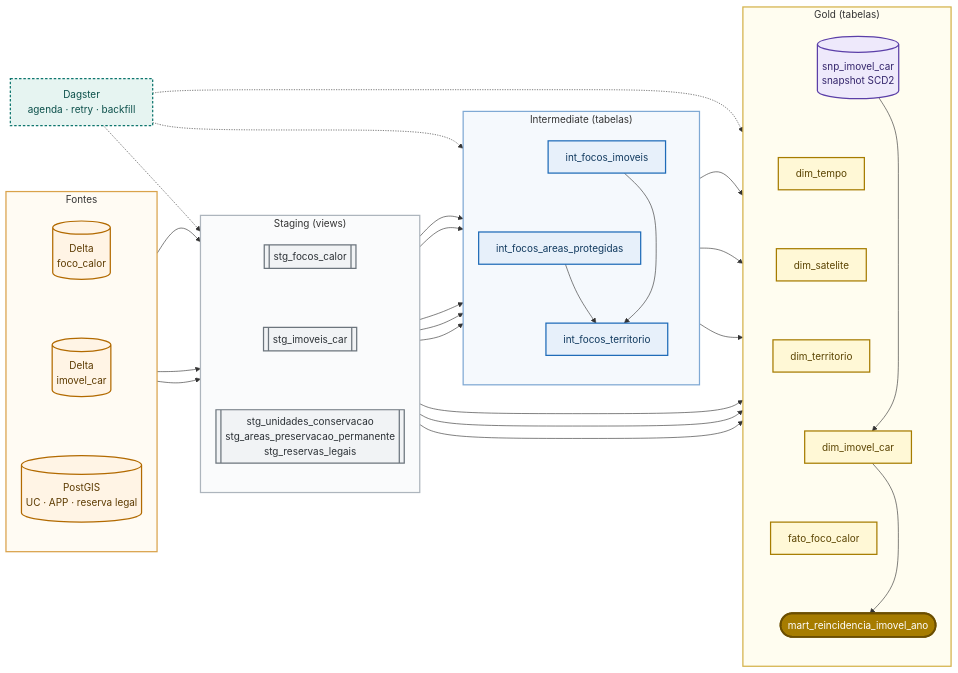
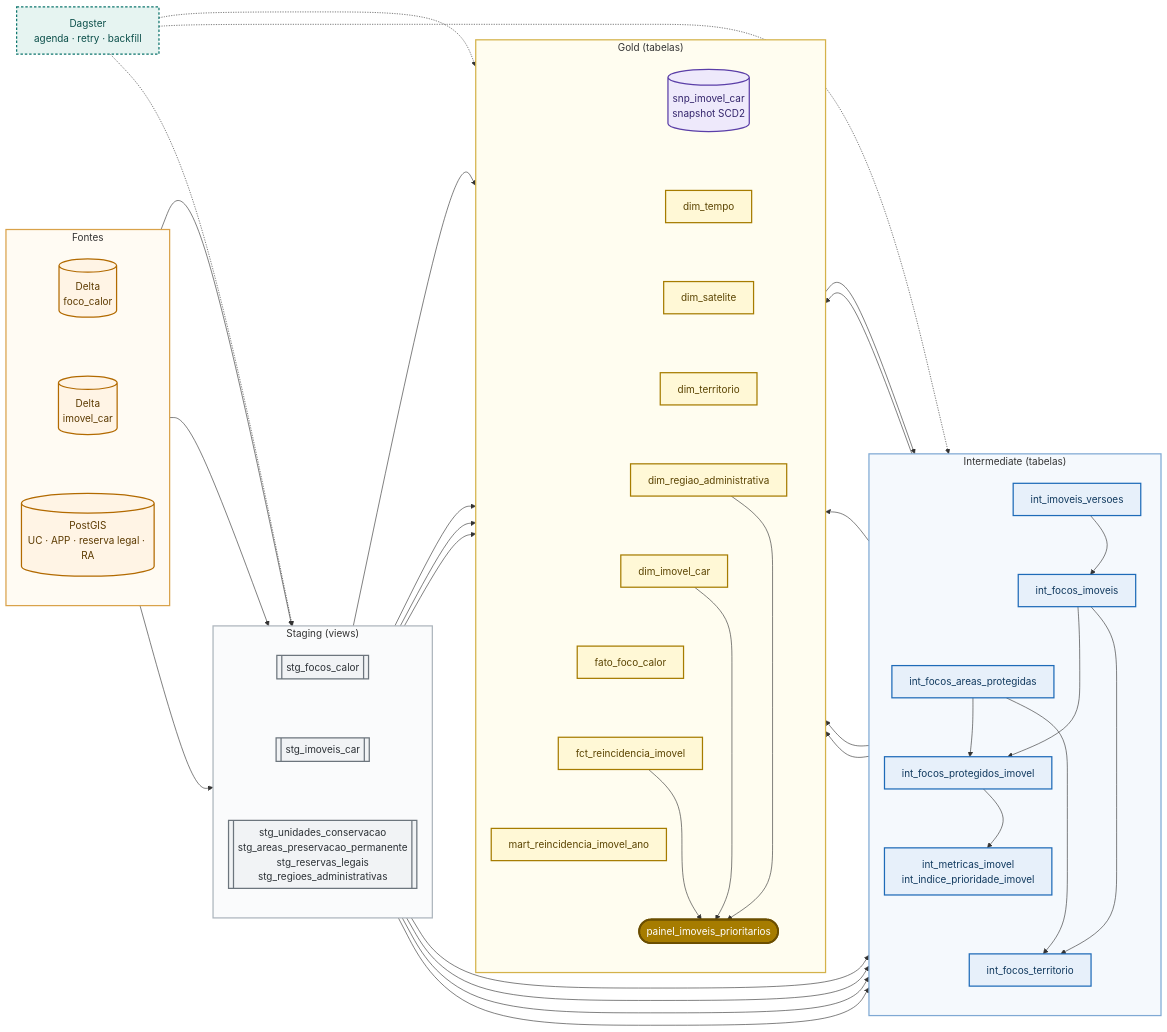
The diagram in docs/entrega/03/README.md (BeyondMagic/corta-fogo-df), drawn with Mermaid before and after one commit. The commit also changed other lines of this file and 24 other files, not shown here.

```diff
--- a/docs/entrega/03/README.md
+++ b/docs/entrega/03/README.md
@@ -21,7 +21,7 @@
         direction TB
         lk_f[("Delta<br/>foco_calor")]
         lk_i[("Delta<br/>imovel_car")]
-        pg[("PostGIS<br/>UC · APP · reserva legal")]
+        pg[("PostGIS<br/>UC · APP · reserva legal · RA")]
         lk_f ~~~ lk_i ~~~ pg
     end
 
@@ -29,16 +29,19 @@
         direction TB
         stg_f[["stg_focos_calor"]]
         stg_i[["stg_imoveis_car"]]
-        stg_t[["stg_unidades_conservacao<br/>stg_areas_preservacao_permanente<br/>stg_reservas_legais"]]
+        stg_t[["stg_unidades_conservacao<br/>stg_areas_preservacao_permanente<br/>stg_reservas_legais<br/>stg_regioes_administrativas"]]
         stg_f ~~~ stg_i ~~~ stg_t
     end
 
     subgraph inter["Intermediate (tabelas)"]
         direction TB
+        int_v["int_imoveis_versoes"]
         int_fi["int_focos_imoveis"]
         int_ap["int_focos_areas_protegidas"]
+        int_fp["int_focos_protegidos_imovel"]
+        int_ix["int_metricas_imovel<br/>int_indice_prioridade_imovel"]
         int_ft["int_focos_territorio"]
-        int_fi ~~~ int_ap ~~~ int_ft
+        int_v ~~~ int_fi ~~~ int_ap ~~~ int_fp ~~~ int_ix ~~~ int_ft
     end
 
     subgraph gold["Gold (tabelas)"]
@@ -47,10 +50,13 @@
         dim_t["dim_tempo"]
         dim_s["dim_satelite"]
         dim_terr["dim_territorio"]
+        dim_ra["dim_regiao_administrativa"]
         dim_car["dim_imovel_car"]
         fato["fato_foco_calor"]
-        mart(["mart_reincidencia_imovel_ano"])
-        snp ~~~ dim_t ~~~ dim_s ~~~ dim_terr ~~~ dim_car ~~~ fato ~~~ mart
+        fct_im["fct_reincidencia_imovel"]
+        mart["mart_reincidencia_imovel_ano"]
+        painel(["painel_imoveis_prioritarios"])
+        snp ~~~ dim_t ~~~ dim_s ~~~ dim_terr ~~~ dim_ra ~~~ dim_car ~~~ fato ~~~ fct_im ~~~ mart ~~~ painel
     end
 
     dagster["Dagster<br/>agenda · retry · backfill"]
@@ -59,23 +65,30 @@
     lk_i --> stg_i
     pg --> stg_t
 
+    stg_i --> snp
+    snp --> int_v
+    int_v --> dim_car
     stg_f --> int_fi
-    stg_i --> int_fi
+    int_v --> int_fi
     stg_f --> int_ap
     stg_t --> int_ap
+    int_fi --> int_fp
+    int_ap --> int_fp
+    int_fp --> int_ix
     stg_f --> int_ft
     int_fi --> int_ft
     int_ap --> int_ft
 
-    stg_i --> snp
-    snp --> dim_car
     stg_f --> dim_s
     stg_t --> dim_terr
+    stg_t --> dim_ra
 
     int_ft --> fato
-    dim_car --> mart
-    int_fi --> mart
-    int_ap --> mart
+    int_ix --> fct_im
+    int_fp --> mart
+    fct_im --> painel
+    dim_car --> painel
+    dim_ra --> painel
 
     dagster -.-> staging
     dagster -.-> inter
@@ -91,10 +104,10 @@
 
     class lk_f,lk_i,pg fonte;
     class stg_f,stg_i,stg_t staging;
-    class int_fi,int_ap,int_ft inter;
-    class dim_t,dim_s,dim_terr,dim_car,fato gold;
+    class int_v,int_fi,int_ap,int_fp,int_ix,int_ft inter;
+    class dim_t,dim_s,dim_terr,dim_ra,dim_car,fato,fct_im,mart gold;
     class snp snap;
-    class mart mart;
+    class painel mart;
     class dagster orchestration;
 
     style fontes fill:#FFFBF3,stroke:#D9A24A,stroke-width:2px;
```
